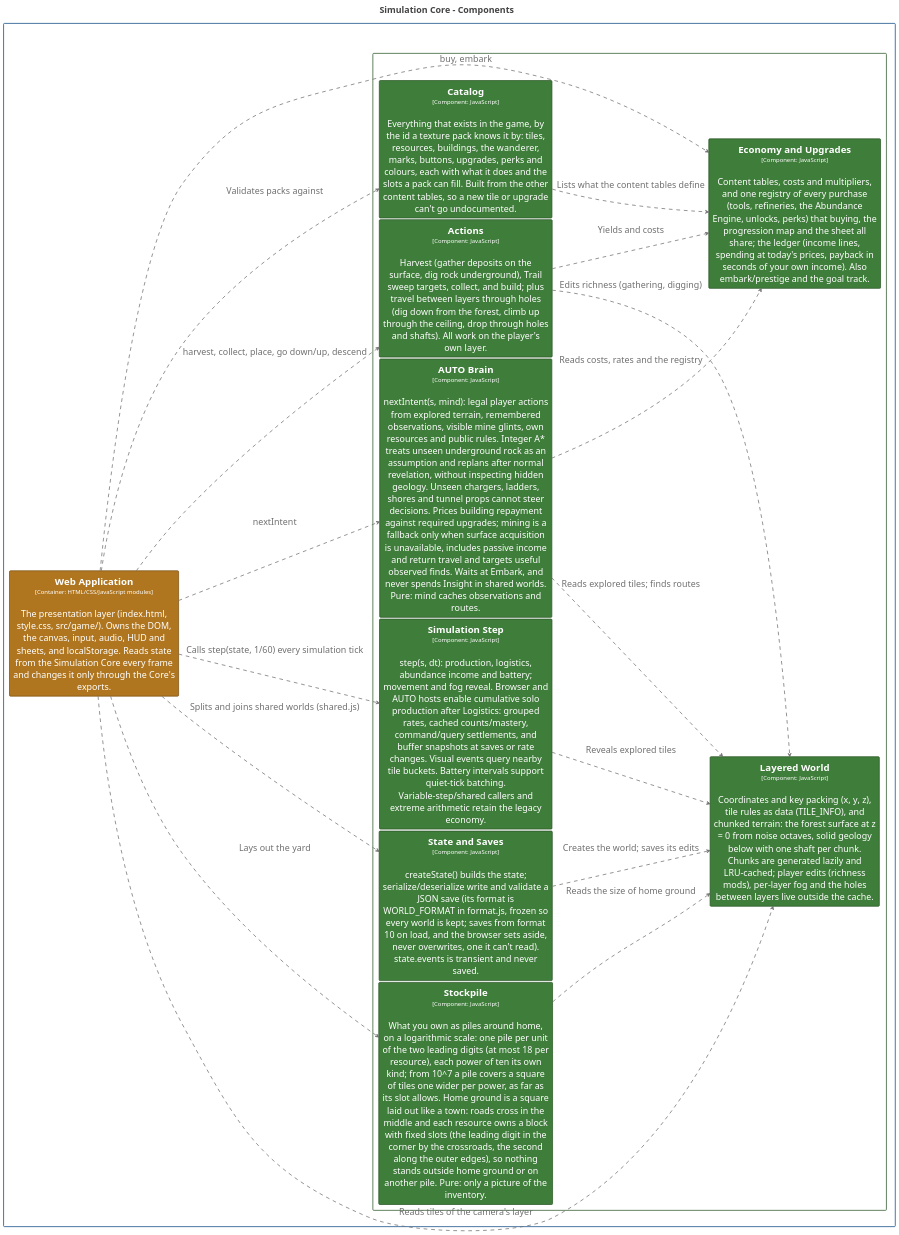
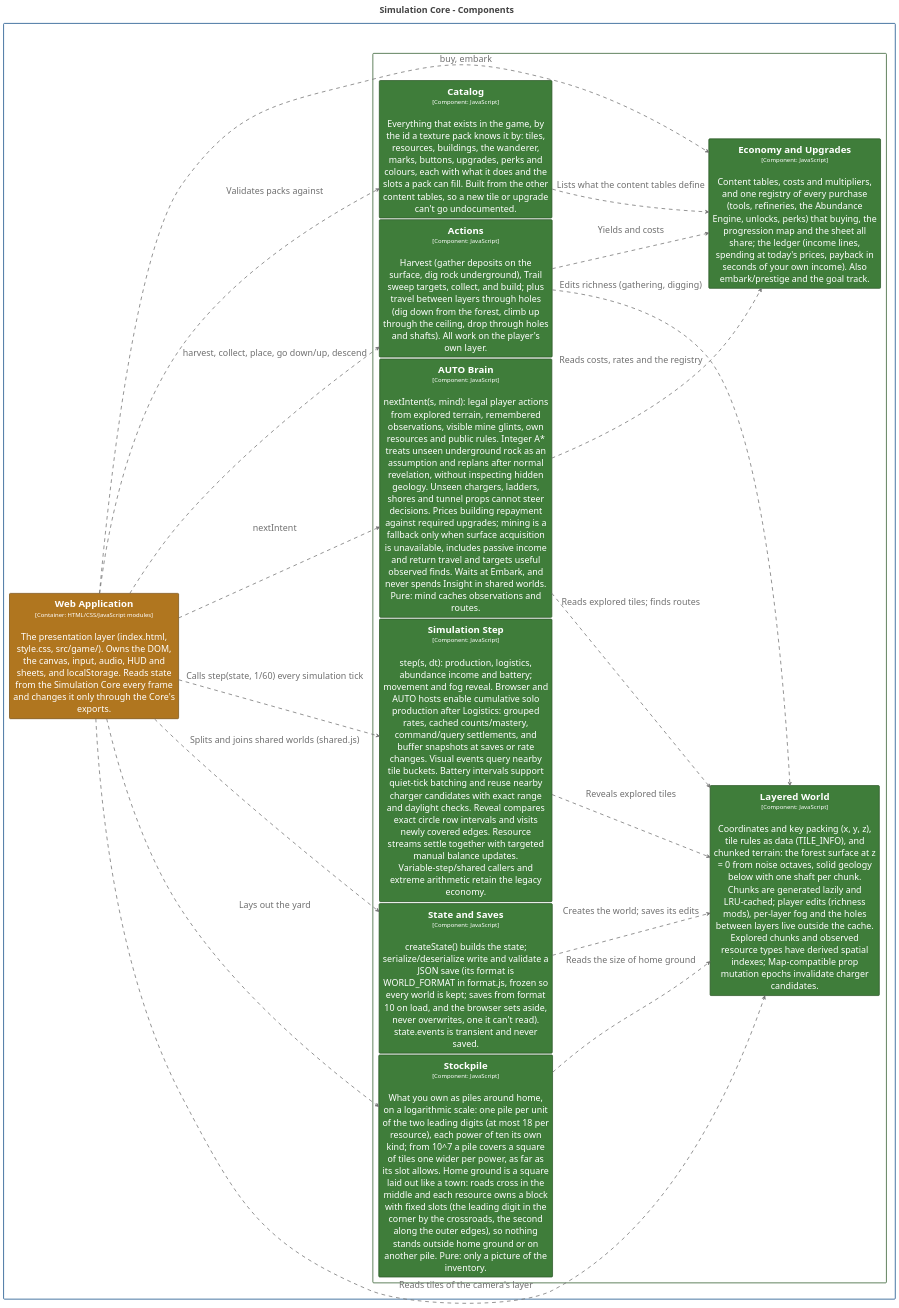
Before and after one commit to bitkojine/more-than-enough: the diagram in structurizr/diagrams/CoreComponents.puml, drawn with PlantUML. The commit also changed 22 other files, not shown here.

Commit message:
v0.131.5: avoid repeated visibility, charger and income work

```diff
--- a/structurizr/diagrams/CoreComponents.puml
+++ b/structurizr/diagrams/CoreComponents.puml
@@ -2,104 +2,104 @@
 @startuml
 title <size:24>Simulation Core - Components</size>
 
 set separator none
 left to right direction
 skinparam ranksep 20
 skinparam nodesep 5
 hide stereotype
 
 <style>
   root {
     BackgroundColor: #ffffff;
     FontColor: #444444;
   }
   // Element,Component,Core Engine
   .Element-RWxlbWVudCxDb21wb25lbnQsQ29yZSBFbmdpbmU= {
     BackgroundColor: #3f7d3a;
     LineColor: #2c5728;
     LineStyle: 0;
     LineThickness: 2;
     FontColor: #ffffff;
     FontSize: 24;
     HorizontalAlignment: center;
     Shadowing: 0;
     MaximumWidth: 450;
   }
   // Element,Container,Presentation
   .Element-RWxlbWVudCxDb250YWluZXIsUHJlc2VudGF0aW9u {
     BackgroundColor: #b0761f;
     LineColor: #7b5215;
     LineStyle: 0;
     LineThickness: 2;
     FontColor: #ffffff;
     FontSize: 24;
     HorizontalAlignment: center;
     Shadowing: 0;
     MaximumWidth: 450;
   }
   // Relationship
   .Relationship-UmVsYXRpb25zaGlw {
     LineThickness: 2;
     LineStyle: 10-10;
     LineColor: #707070;
     FontColor: #707070;
     FontSize: 24;
     MaximumWidth: 200;
   }
   // MORE THAN ENOUGH
   .Boundary-TU9SRSBUSEFOIEVOT1VHSA== {
     BackgroundColor: #ffffff;
     LineColor: #0b4884;
     LineStyle: 0;
     LineThickness: 2;
     FontColor: #ffffff;
     FontSize: 24;
     HorizontalAlignment: center;
     Shadowing: 0;
   }
   // Simulation Core
   .Boundary-U2ltdWxhdGlvbiBDb3Jl {
     BackgroundColor: #ffffff;
     LineColor: #2c5728;
     LineStyle: 0;
     LineThickness: 2;
     FontColor: #ffffff;
     FontSize: 24;
     HorizontalAlignment: center;
     Shadowing: 0;
   }
 </style>
 
 rectangle "MORE THAN ENOUGH\n<size:16>[Software System]</size>" <<Boundary-TU9SRSBUSEFOIEVOT1VHSA==>> {
   rectangle "Simulation Core\n<size:16>[Container: JavaScript modules (browser + Node)]</size>" <<Boundary-U2ltdWxhdGlvbiBDb3Jl>> {
-    rectangle "==Layered World\n<size:16>[Component: JavaScript]</size>\n\nCoordinates and key packing (x, y, z), tile rules as data (TILE_INFO), and chunked terrain: the forest surface at z = 0 from noise octaves, solid geology below with one shaft per chunk. Chunks are generated lazily and LRU-cached; player edits (richness mods), per-layer fog and the holes between layers live outside the cache." <<Element-RWxlbWVudCxDb21wb25lbnQsQ29yZSBFbmdpbmU=>> as MORETHANENOUGH.SimulationCore.LayeredWorld
+    rectangle "==Layered World\n<size:16>[Component: JavaScript]</size>\n\nCoordinates and key packing (x, y, z), tile rules as data (TILE_INFO), and chunked terrain: the forest surface at z = 0 from noise octaves, solid geology below with one shaft per chunk. Chunks are generated lazily and LRU-cached; player edits (richness mods), per-layer fog and the holes between layers live outside the cache. Explored chunks and observed resource types have derived spatial indexes; Map-compatible prop mutation epochs invalidate charger candidates." <<Element-RWxlbWVudCxDb21wb25lbnQsQ29yZSBFbmdpbmU=>> as MORETHANENOUGH.SimulationCore.LayeredWorld
     rectangle "==State and Saves\n<size:16>[Component: JavaScript]</size>\n\ncreateState() builds the state; serialize/deserialize write and validate a JSON save (its format is WORLD_FORMAT in format.js, frozen so every world is kept; saves from format 10 on load, and the browser sets aside, never overwrites, one it can't read). state.events is transient and never saved." <<Element-RWxlbWVudCxDb21wb25lbnQsQ29yZSBFbmdpbmU=>> as MORETHANENOUGH.SimulationCore.StateandSaves
-    rectangle "==Simulation Step\n<size:16>[Component: JavaScript]</size>\n\nstep(s, dt): production, logistics, abundance income and battery; movement and fog reveal. Browser and AUTO hosts enable cumulative solo production after Logistics: grouped rates, cached counts/mastery, command/query settlements, and buffer snapshots at saves or rate changes. Visual events query nearby tile buckets. Battery intervals support quiet-tick batching. Variable-step/shared callers and extreme arithmetic retain the legacy economy." <<Element-RWxlbWVudCxDb21wb25lbnQsQ29yZSBFbmdpbmU=>> as MORETHANENOUGH.SimulationCore.SimulationStep
+    rectangle "==Simulation Step\n<size:16>[Component: JavaScript]</size>\n\nstep(s, dt): production, logistics, abundance income and battery; movement and fog reveal. Browser and AUTO hosts enable cumulative solo production after Logistics: grouped rates, cached counts/mastery, command/query settlements, and buffer snapshots at saves or rate changes. Visual events query nearby tile buckets. Battery intervals support quiet-tick batching and reuse nearby charger candidates with exact range and daylight checks. Reveal compares exact circle row intervals and visits newly covered edges. Resource streams settle together with targeted manual balance updates. Variable-step/shared callers and extreme arithmetic retain the legacy economy." <<Element-RWxlbWVudCxDb21wb25lbnQsQ29yZSBFbmdpbmU=>> as MORETHANENOUGH.SimulationCore.SimulationStep
     rectangle "==Actions\n<size:16>[Component: JavaScript]</size>\n\nHarvest (gather deposits on the surface, dig rock underground), Trail sweep targets, collect, and build; plus travel between layers through holes (dig down from the forest, climb up through the ceiling, drop through holes and shafts). All work on the player's own layer." <<Element-RWxlbWVudCxDb21wb25lbnQsQ29yZSBFbmdpbmU=>> as MORETHANENOUGH.SimulationCore.Actions
     rectangle "==AUTO Brain\n<size:16>[Component: JavaScript]</size>\n\nnextIntent(s, mind): legal player actions from explored terrain, remembered observations, visible mine glints, own resources and public rules. Integer A* treats unseen underground rock as an assumption and replans after normal revelation, without inspecting hidden geology. Unseen chargers, ladders, shores and tunnel props cannot steer decisions. Prices building repayment against required upgrades; mining is a fallback only when surface acquisition is unavailable, includes passive income and return travel and targets useful observed finds. Waits at Embark, and never spends Insight in shared worlds. Pure: mind caches observations and routes." <<Element-RWxlbWVudCxDb21wb25lbnQsQ29yZSBFbmdpbmU=>> as MORETHANENOUGH.SimulationCore.AUTOBrain
     rectangle "==Stockpile\n<size:16>[Component: JavaScript]</size>\n\nWhat you own as piles around home, on a logarithmic scale: one pile per unit of the two leading digits (at most 18 per resource), each power of ten its own kind; from 10^7 a pile covers a square of tiles one wider per power, as far as its slot allows. Home ground is a square laid out like a town: roads cross in the middle and each resource owns a block with fixed slots (the leading digit in the corner by the crossroads, the second along the outer edges), so nothing stands outside home ground or on another pile. Pure: only a picture of the inventory." <<Element-RWxlbWVudCxDb21wb25lbnQsQ29yZSBFbmdpbmU=>> as MORETHANENOUGH.SimulationCore.Stockpile
     rectangle "==Catalog\n<size:16>[Component: JavaScript]</size>\n\nEverything that exists in the game, by the id a texture pack knows it by: tiles, resources, buildings, the wanderer, marks, buttons, upgrades, perks and colours, each with what it does and the slots a pack can fill. Built from the other content tables, so a new tile or upgrade can't go undocumented." <<Element-RWxlbWVudCxDb21wb25lbnQsQ29yZSBFbmdpbmU=>> as MORETHANENOUGH.SimulationCore.Catalog
     rectangle "==Economy and Upgrades\n<size:16>[Component: JavaScript]</size>\n\nContent tables, costs and multipliers, and one registry of every purchase (tools, refineries, the Abundance Engine, unlocks, perks) that buying, the progression map and the sheet all share; the ledger (income lines, spending at today's prices, payback in seconds of your own income). Also embark/prestige and the goal track." <<Element-RWxlbWVudCxDb21wb25lbnQsQ29yZSBFbmdpbmU=>> as MORETHANENOUGH.SimulationCore.EconomyandUpgrades
   }
 
   rectangle "==Web Application\n<size:16>[Container: HTML/CSS/JavaScript modules]</size>\n\nThe presentation layer (index.html, style.css, src/game/). Owns the DOM, the canvas, input, audio, HUD and sheets, and localStorage. Reads state from the Simulation Core every frame and changes it only through the Core's exports." <<Element-RWxlbWVudCxDb250YWluZXIsUHJlc2VudGF0aW9u>> as MORETHANENOUGH.WebApplication
 }
 
 MORETHANENOUGH.WebApplication --> MORETHANENOUGH.SimulationCore.Stockpile <<Relationship-UmVsYXRpb25zaGlw>> : "Lays out the yard"
 MORETHANENOUGH.SimulationCore.Stockpile --> MORETHANENOUGH.SimulationCore.LayeredWorld <<Relationship-UmVsYXRpb25zaGlw>> : "Reads the size of home ground"
 MORETHANENOUGH.WebApplication --> MORETHANENOUGH.SimulationCore.Catalog <<Relationship-UmVsYXRpb25zaGlw>> : "Validates packs against"
 MORETHANENOUGH.SimulationCore.Catalog --> MORETHANENOUGH.SimulationCore.EconomyandUpgrades <<Relationship-UmVsYXRpb25zaGlw>> : "Lists what the content tables define"
 MORETHANENOUGH.SimulationCore.SimulationStep --> MORETHANENOUGH.SimulationCore.LayeredWorld <<Relationship-UmVsYXRpb25zaGlw>> : "Reveals explored tiles"
 MORETHANENOUGH.SimulationCore.Actions --> MORETHANENOUGH.SimulationCore.LayeredWorld <<Relationship-UmVsYXRpb25zaGlw>> : "Edits richness (gathering, digging)"
 MORETHANENOUGH.SimulationCore.Actions --> MORETHANENOUGH.SimulationCore.EconomyandUpgrades <<Relationship-UmVsYXRpb25zaGlw>> : "Yields and costs"
 MORETHANENOUGH.SimulationCore.StateandSaves --> MORETHANENOUGH.SimulationCore.LayeredWorld <<Relationship-UmVsYXRpb25zaGlw>> : "Creates the world; saves its edits"
 MORETHANENOUGH.WebApplication --> MORETHANENOUGH.SimulationCore.StateandSaves <<Relationship-UmVsYXRpb25zaGlw>> : "Splits and joins shared worlds (shared.js)"
 MORETHANENOUGH.WebApplication --> MORETHANENOUGH.SimulationCore.AUTOBrain <<Relationship-UmVsYXRpb25zaGlw>> : "nextIntent"
 MORETHANENOUGH.SimulationCore.AUTOBrain --> MORETHANENOUGH.SimulationCore.LayeredWorld <<Relationship-UmVsYXRpb25zaGlw>> : "Reads explored tiles; finds routes"
 MORETHANENOUGH.SimulationCore.AUTOBrain --> MORETHANENOUGH.SimulationCore.EconomyandUpgrades <<Relationship-UmVsYXRpb25zaGlw>> : "Reads costs, rates and the registry"
 MORETHANENOUGH.WebApplication --> MORETHANENOUGH.SimulationCore.SimulationStep <<Relationship-UmVsYXRpb25zaGlw>> : "Calls step(state, 1/60) every simulation tick"
 MORETHANENOUGH.WebApplication --> MORETHANENOUGH.SimulationCore.Actions <<Relationship-UmVsYXRpb25zaGlw>> : "harvest, collect, place, go down/up, descend"
 MORETHANENOUGH.WebApplication --> MORETHANENOUGH.SimulationCore.EconomyandUpgrades <<Relationship-UmVsYXRpb25zaGlw>> : "buy, embark"
 MORETHANENOUGH.WebApplication --> MORETHANENOUGH.SimulationCore.LayeredWorld <<Relationship-UmVsYXRpb25zaGlw>> : "Reads tiles of the camera's layer"
 
 @enduml
```
